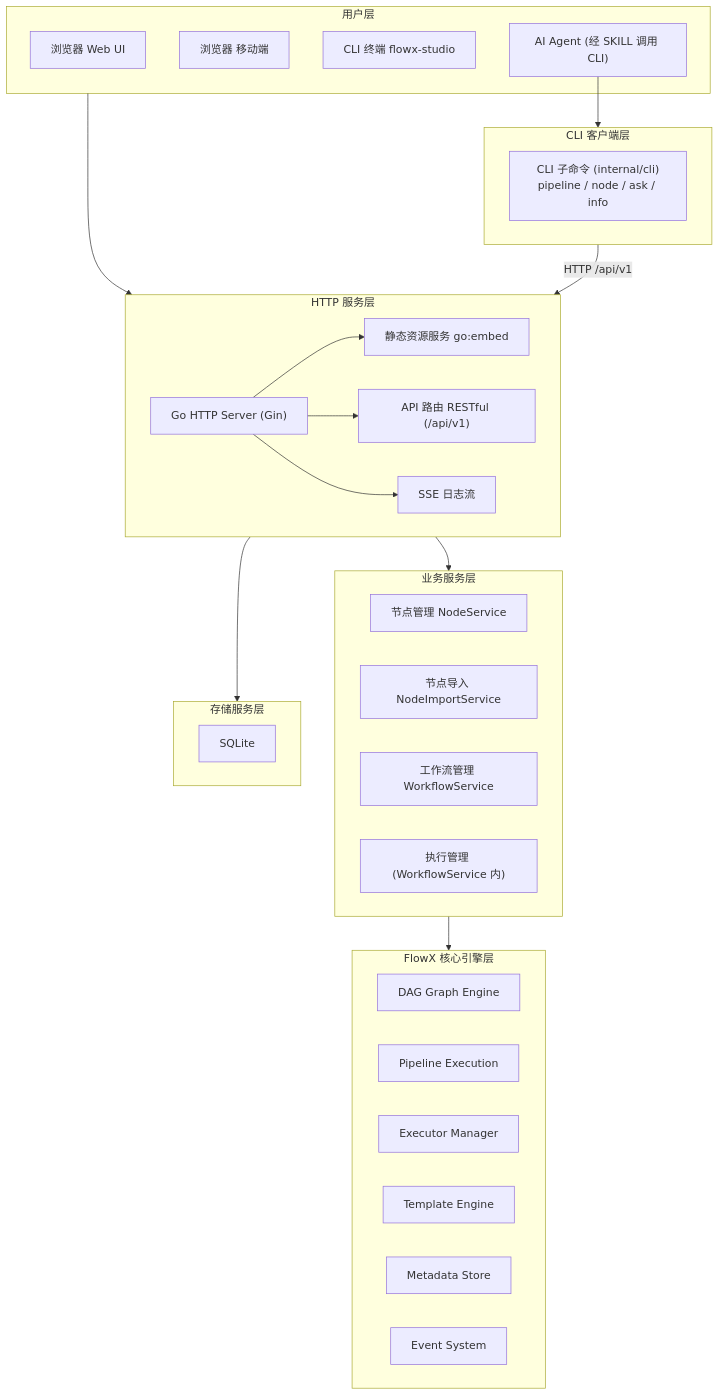
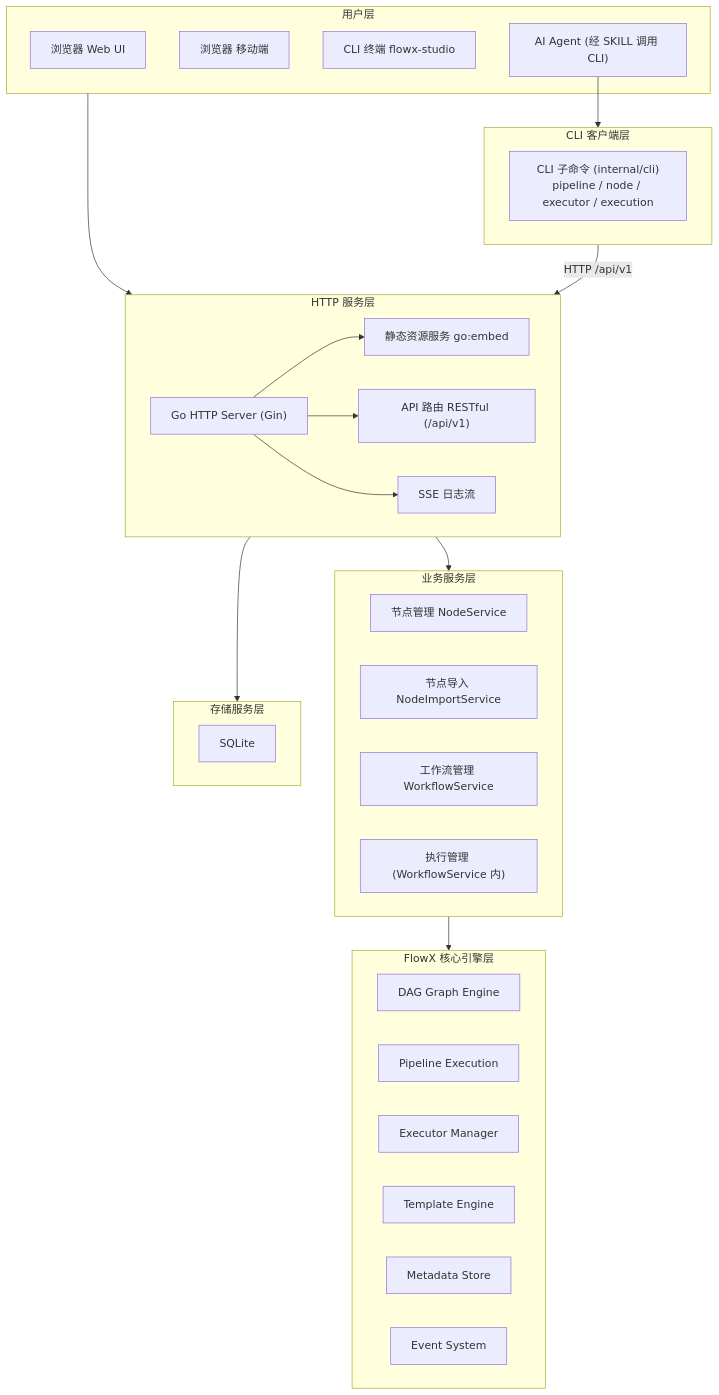
One commit to LerkoX/flowx-studio changed the first of 5 diagrams in docs/02-architecture.md. Above: the diagram before and after it, drawn with Mermaid. The commit also changed other lines of this file and 16 other files, not shown here.

First line of the commit message:
refactor: 移除 ask/info 终端交互命令

````diff
--- a/docs/02-architecture.md
+++ b/docs/02-architecture.md
@@ -43,50 +43,50 @@
 ```mermaid
 flowchart TD
     subgraph UserLayer["用户层"]
         Browser1["浏览器 Web UI"]
         Browser2["浏览器 移动端"]
         CLI["CLI 终端 flowx-studio"]
         Agent["AI Agent (经 SKILL 调用 CLI)"]
     end
     
     subgraph HTTPServer["HTTP 服务层"]
         GoServer["Go HTTP Server (Gin)"]
         Static["静态资源服务 go:embed"]
         API["API 路由 RESTful (/api/v1)"]
         SSE["SSE 日志流"]
     end
     
     subgraph BusinessLayer["业务服务层"]
         NodeMgmt["节点管理 NodeService"]
         NodeImport["节点导入 NodeImportService"]
         WorkflowMgmt["工作流管理 WorkflowService"]
         ExecMgmt["执行管理 (WorkflowService 内)"]
     end
     
     subgraph CLILayer["CLI 客户端层"]
-        CLICmd["CLI 子命令 (internal/cli)<br/>pipeline / node / ask / info"]
+        CLICmd["CLI 子命令 (internal/cli)<br/>pipeline / node / executor / execution"]
     end
     
     subgraph StorageLayer["存储服务层"]
         SQLite["SQLite"]
     end
     
     subgraph FlowXEngine["FlowX 核心引擎层"]
         DAG["DAG Graph Engine"]
         Pipeline["Pipeline Execution"]
         ExecutorMgr["Executor Manager"]
         Template["Template Engine"]
         Metadata["Metadata Store"]
         EventSys["Event System"]
     end
     
     Agent --> CLILayer
     UserLayer --> HTTPServer
     GoServer --> Static
     GoServer --> API
     GoServer --> SSE
     HTTPServer --> BusinessLayer
     HTTPServer --> StorageLayer
     CLILayer -- "HTTP /api/v1" --> HTTPServer
     BusinessLayer --> FlowXEngine
 ```
````
